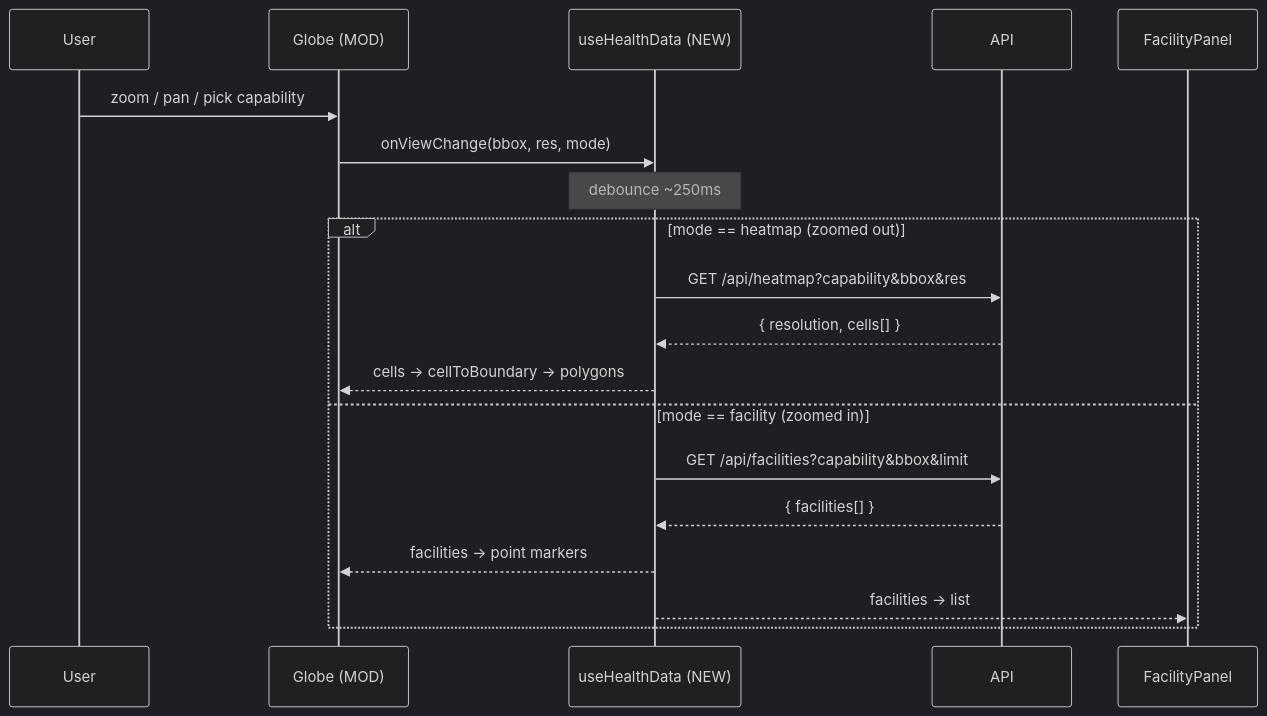
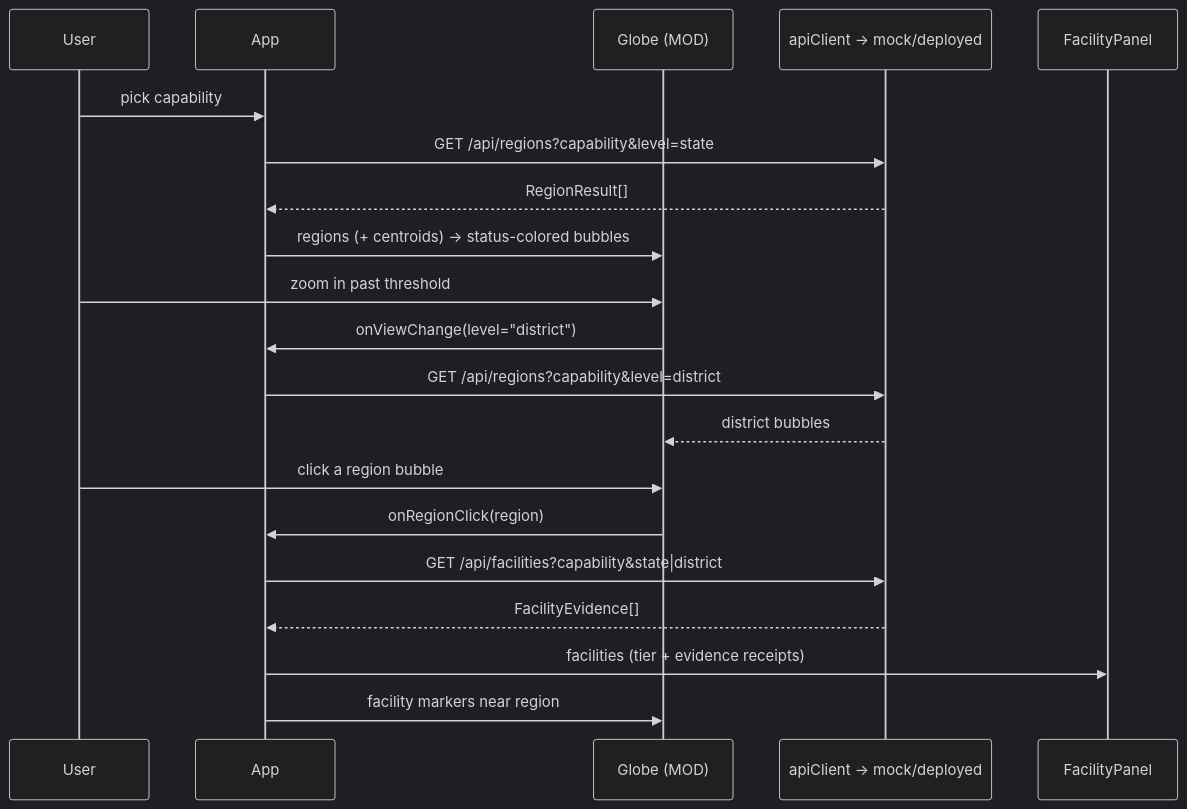
One commit to kahuysen/Hack-nation-For-India changed the second of 2 diagrams in docs/superpowers/specs/2026-07-19-india-healthcare-globe-design.md. Above: the diagram before and after it, drawn with Mermaid (dark theme). The commit also changed other lines of this file, not shown here.

First line of the commit message:
Realign globe spec to deployed region-based API

````diff
--- a/docs/superpowers/specs/2026-07-19-india-healthcare-globe-design.md
+++ b/docs/superpowers/specs/2026-07-19-india-healthcare-globe-design.md
@@ -121,20 +132,21 @@
 ```mermaid
 sequenceDiagram
     participant U as User
+    participant A as App
     participant G as Globe (MOD)
-    participant H as useHealthData (NEW)
-    participant A as API
-    U->>G: zoom / pan / pick capability
-    G->>H: onViewChange(bbox, res, mode)
-    Note over H: debounce ~250ms
-    alt mode == heatmap (zoomed out)
-        H->>A: GET /api/heatmap?capability&bbox&res
-        A-->>H: { resolution, cells[] }
-        H-->>G: cells → cellToBoundary → polygons
-    else mode == facility (zoomed in)
-        H->>A: GET /api/facilities?capability&bbox&limit
-        A-->>H: { facilities[] }
-        H-->>G: facilities → point markers
-        H-->>FacilityPanel: facilities → list
-    end
+    participant API as apiClient -> mock/deployed
+    U->>A: pick capability
+    A->>API: GET /api/regions?capability&level=state
+    API-->>A: RegionResult[]
+    A->>G: regions (+ centroids) -> status-colored bubbles
+    U->>G: zoom in past threshold
+    G->>A: onViewChange(level="district")
+    A->>API: GET /api/regions?capability&level=district
+    API-->>G: district bubbles
+    U->>G: click a region bubble
+    G->>A: onRegionClick(region)
+    A->>API: GET /api/facilities?capability&state|district
+    API-->>A: FacilityEvidence[]
+    A->>FacilityPanel: facilities (tier + evidence receipts)
+    A->>G: facility markers near region
 ```
````
